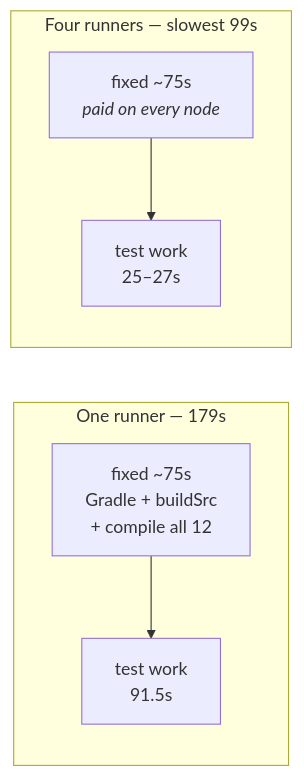
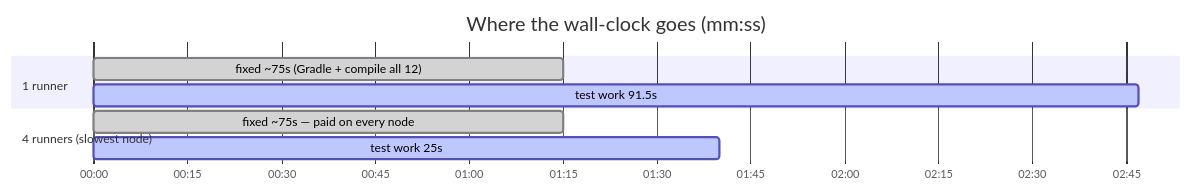
The first of 3 diagrams in README.md (micschr0/shardwise-example), drawn with Mermaid before and after one commit. The commit also changed other lines of this file, not shown here.

````diff
--- a/README.md
+++ b/README.md
@@ -46,9 +33,13 @@
 ```mermaid
-flowchart LR
-    subgraph one["One runner — 179s"]
-        F1["fixed ~75s<br/>Gradle + buildSrc<br/>+ compile all 12"] --> T1["test work<br/>91.5s"]
-    end
-    subgraph four["Four runners — slowest 99s"]
-        F2["fixed ~75s<br/><i>paid on every node</i>"] --> T2["test work<br/>25–27s"]
-    end
+gantt
+    title Where the wall-clock goes (mm:ss)
+    dateFormat X
+    axisFormat %M:%S
+    todayMarker off
+    section 1 runner
+    fixed ~75s (Gradle + compile all 12)  :done, 0, 75
+    test work 91.5s                       :active, 75, 167
+    section 4 runners (slowest node)
+    fixed ~75s — paid on every node       :done, 0, 75
+    test work 25s                         :active, 75, 100
 ```
````
